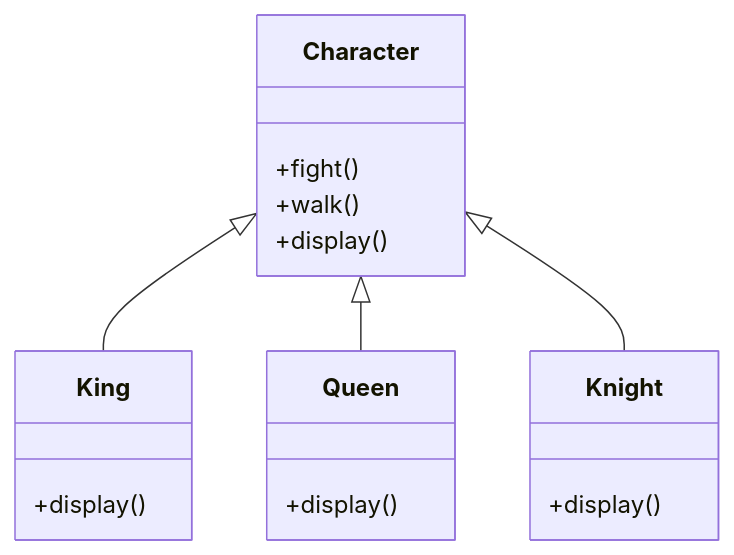
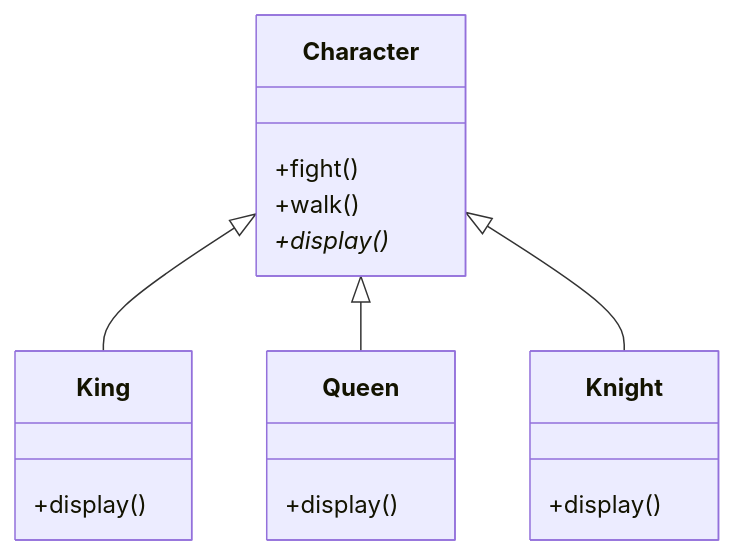
One commit to cargy/design-patterns changed the first of 4 diagrams in strategy/readme.md. Above: the diagram before and after it, drawn with Mermaid. The commit also changed other lines of this file, not shown here.

````diff
--- a/strategy/readme.md
+++ b/strategy/readme.md
@@ -33,18 +33,18 @@
 ```mermaid
 classDiagram
     Character <|-- King
     Character <|-- Queen
     Character <|-- Knight
     Character: +fight()
     Character: +walk()
-    Character: +display()
+    Character: +display()*
     class King{
         +display()
     }
     class Queen{
         +display()
     }
     class Knight{
         +display()
     }
 ```
````
